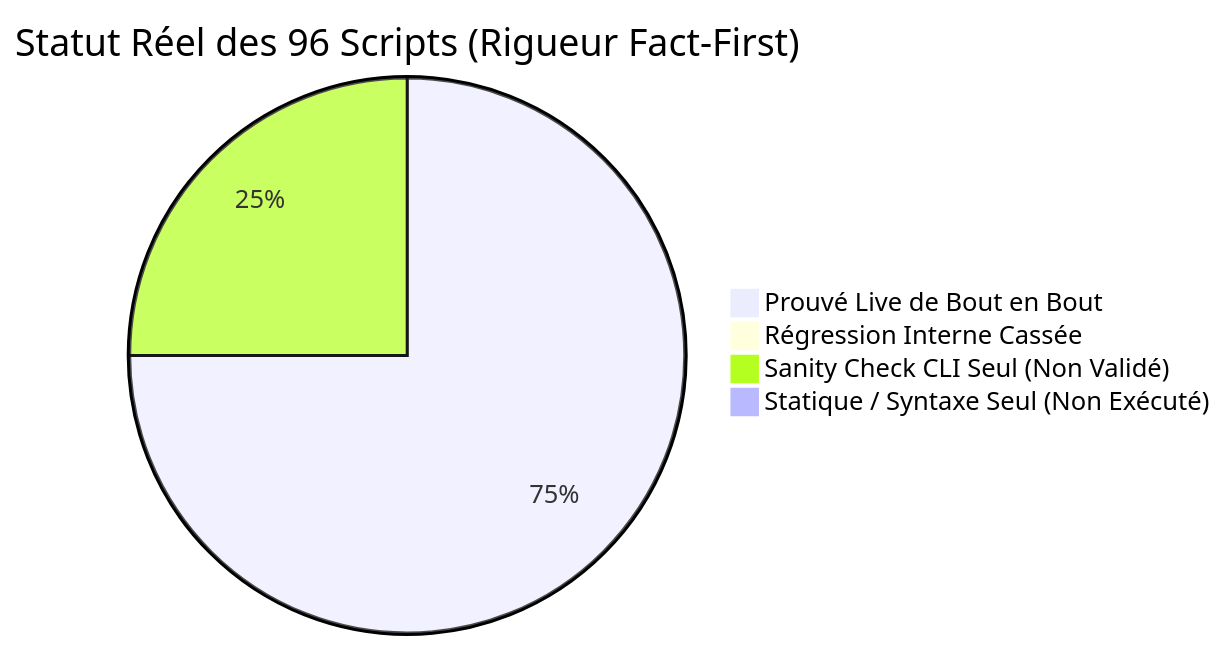
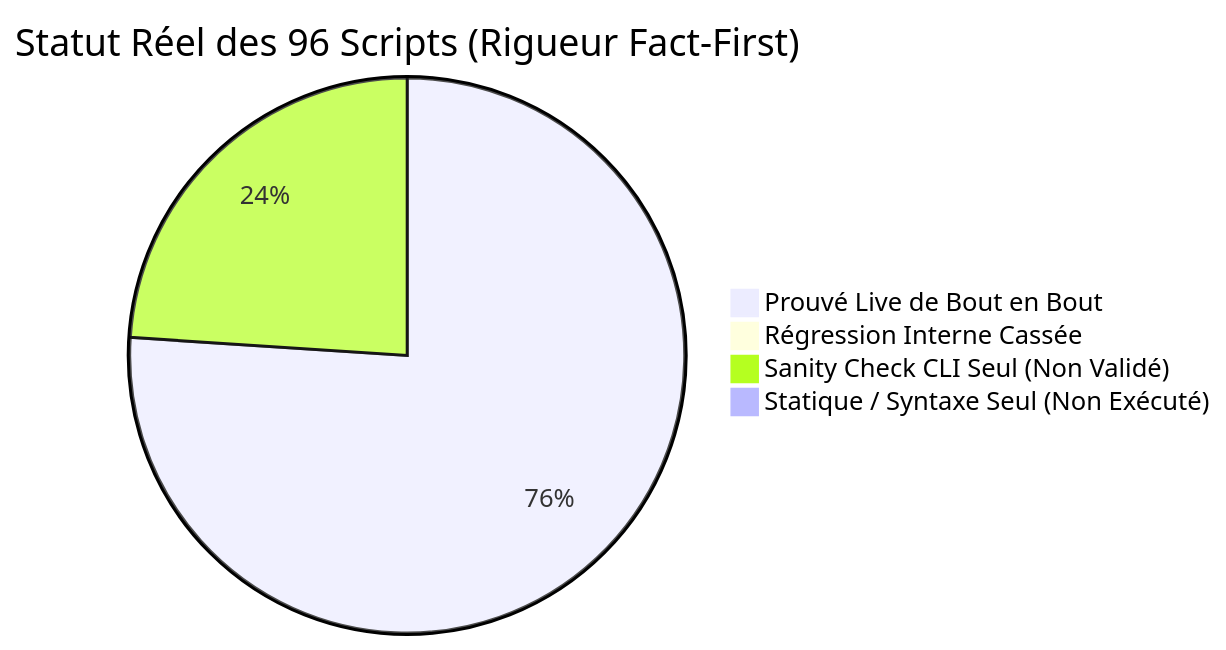
One commit to yoyonel/pydbsrt changed the diagram in docs/reference/2026-11-10-audit-exhaustif-scripts-regressions.md. Above: the diagram before and after it, drawn with Mermaid. The commit also changed other lines of this file and 3 other files, not shown here.

Commit message:
fix(benchmarks): dynamic root, complexity reduction and cli check mode in eval vlc vlsub batch (#69)

````diff
--- a/docs/reference/2026-11-10-audit-exhaustif-scripts-regressions.md
+++ b/docs/reference/2026-11-10-audit-exhaustif-scripts-regressions.md
@@ -16,7 +16,7 @@
 ```mermaid
 pie title Statut Réel des 96 Scripts (Rigueur Fact-First)
-    "Prouvé Live de Bout en Bout" : 72
+    "Prouvé Live de Bout en Bout" : 73
     "Régression Interne Cassée" : 0
-    "Sanity Check CLI Seul (Non Validé)" : 24
+    "Sanity Check CLI Seul (Non Validé)" : 23
     "Statique / Syntaxe Seul (Non Exécuté)" : 0
 ```
````
